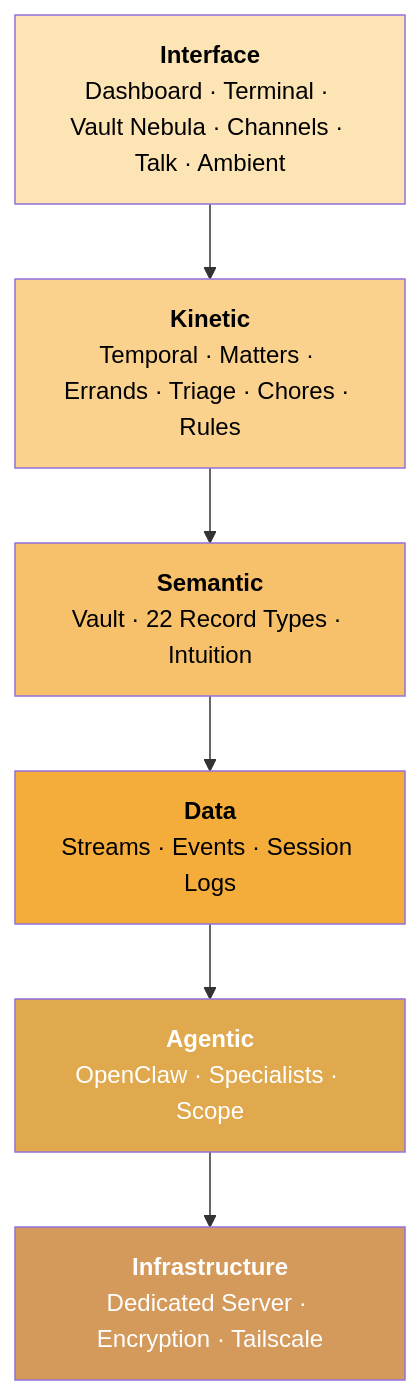
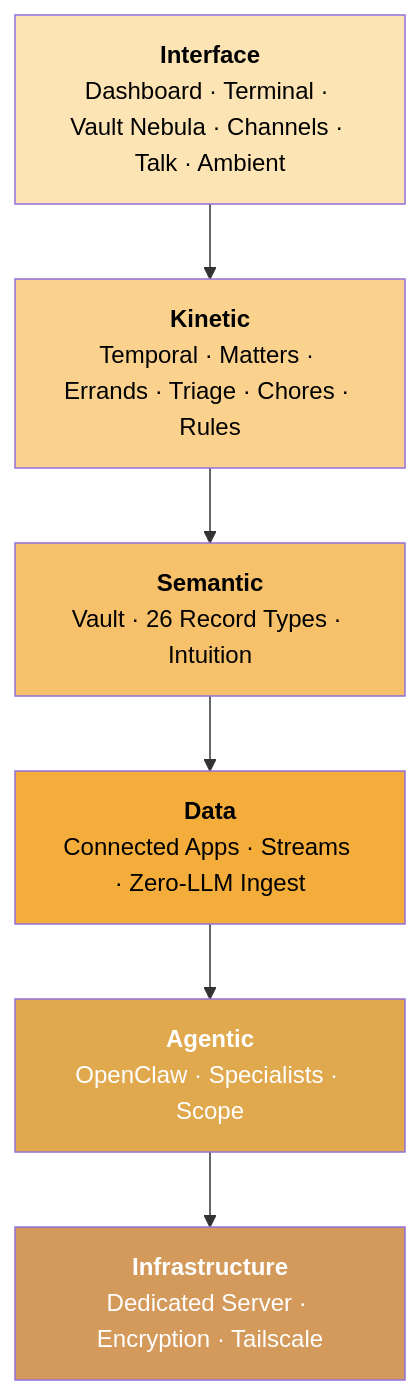
The diagram in how-it-works.mdx (ssdavidai/alfred-documentation), drawn with Mermaid before and after one commit. The commit also changed other lines of this file and 11 other files, not shown here.

First line of the commit message:
docs: comprehensive update for Connected Apps, zero-LLM ingest, chores, and progressive autonomy

````diff
--- a/how-it-works.mdx
+++ b/how-it-works.mdx
@@ -9,22 +9,22 @@
 ```mermaid
 graph TB
     L6["<b>Interface</b><br/>Dashboard · Terminal · Vault Nebula · Channels · Talk · Ambient"]
     L5["<b>Kinetic</b><br/>Temporal · Matters · Errands · Triage · Chores · Rules"]
-    L4["<b>Semantic</b><br/>Vault · 22 Record Types · Intuition"]
-    L3["<b>Data</b><br/>Streams · Events · Session Logs"]
+    L4["<b>Semantic</b><br/>Vault · 26 Record Types · Intuition"]
+    L3["<b>Data</b><br/>Connected Apps · Streams · Zero-LLM Ingest"]
     L2["<b>Agentic</b><br/>OpenClaw · Specialists · Scope"]
     L1["<b>Infrastructure</b><br/>Dedicated Server · Encryption · Tailscale"]
 
     L6 --> L5
     L5 --> L4
     L4 --> L3
     L3 --> L2
     L2 --> L1
 
     style L1 fill:#d49a5b,color:#fff
     style L2 fill:#e0a94e,color:#fff
     style L3 fill:#f4ac3b,color:#000
     style L4 fill:#f7c06a,color:#000
     style L5 fill:#fad28e,color:#000
     style L6 fill:#fde4b5,color:#000
 ```
````
